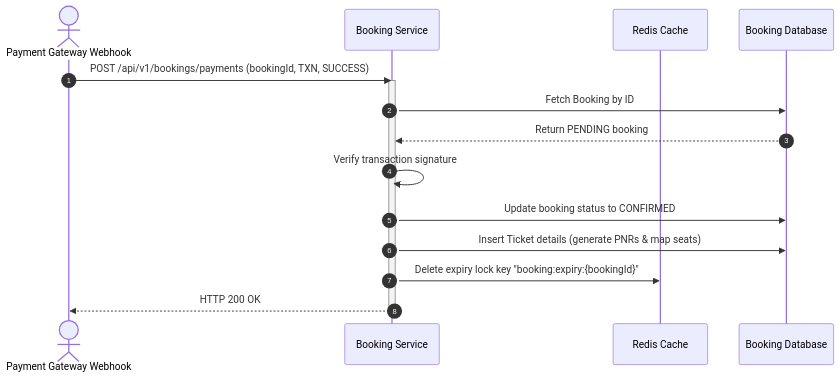
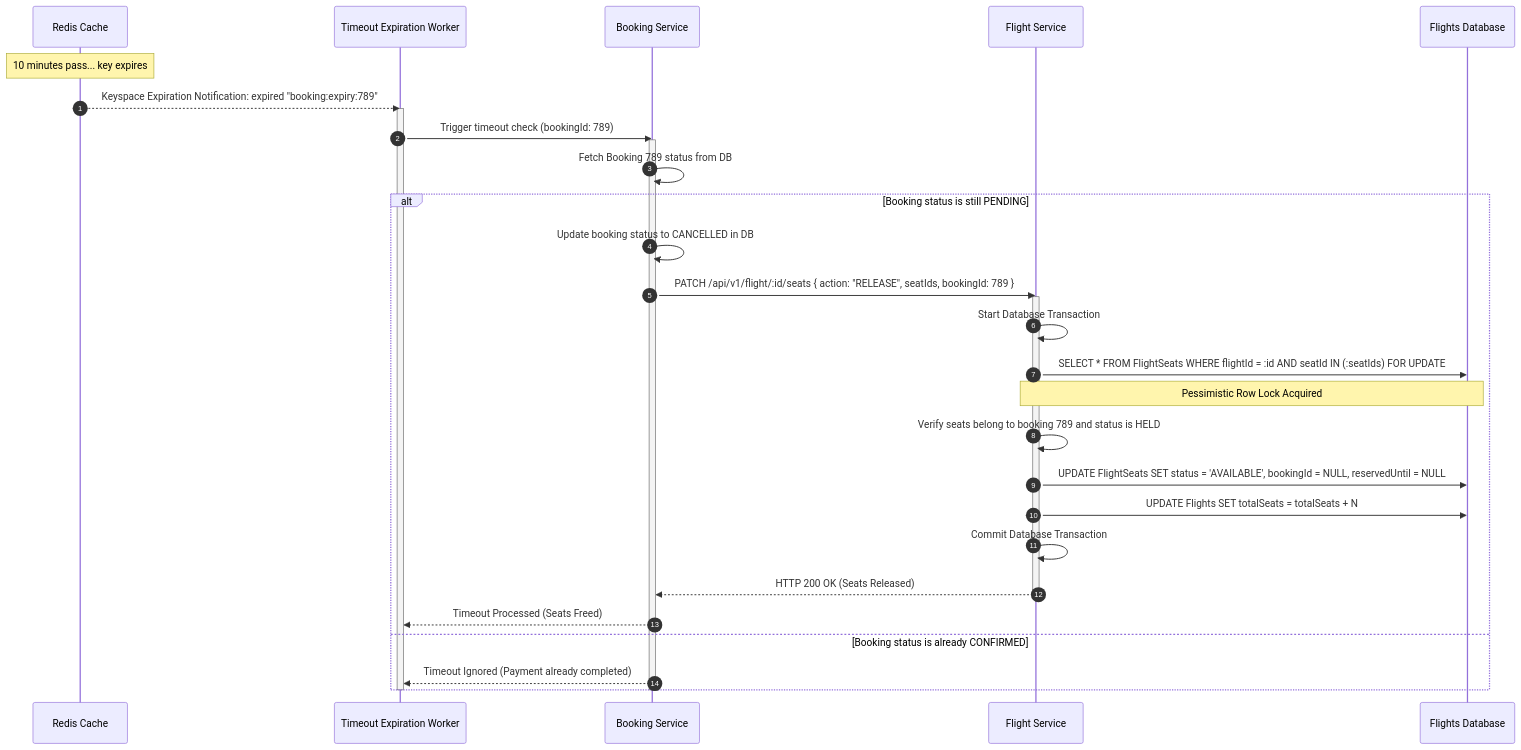
The third of 6 diagrams in docs/SEQUENCE_DIAGRAMS.md (0xpritam/Base-Node-Project-Template), drawn with Mermaid before and after one commit. The commit also changed other lines of this file and 65 other files, not shown here.

Commit message:
feat: complete booking service saga orchestration with Redis expiration

````diff
--- a/docs/SEQUENCE_DIAGRAMS.md
+++ b/docs/SEQUENCE_DIAGRAMS.md
@@ -73,19 +110,39 @@
 ```mermaid
 sequenceDiagram
     autonumber
-    actor Gateway as Payment Gateway Webhook
+    participant Redis as Redis Cache
+    participant Worker as Timeout Expiration Worker
     participant BS as Booking Service
-    participant Redis as Redis Cache
-    participant BDB as Booking Database
+    participant FS as Flight Service
+    participant DB as Flights Database
 
-    Gateway ->> BS: POST /api/v1/bookings/payments (bookingId, TXN, SUCCESS)
+    Note over Redis: 10 minutes pass... key expires
+    Redis -->> Worker: Keyspace Expiration Notification: expired "booking:expiry:789"
+    activate Worker
+    
+    Worker ->> BS: Trigger timeout check (bookingId: 789)
     activate BS
-    BS ->> BDB: Fetch Booking by ID
-    BDB -->> BS: Return PENDING booking
-    BS ->> BS: Verify transaction signature
-    BS ->> BDB: Update booking status to CONFIRMED
-    BS ->> BDB: Insert Ticket details (generate PNRs & map seats)
-    BS ->> Redis: Delete expiry lock key "booking:expiry:{bookingId}"
-    BS -->> Gateway: HTTP 200 OK
+    BS ->> BS: Fetch Booking 789 status from DB
+    
+    alt Booking status is still PENDING
+        BS ->> BS: Update booking status to CANCELLED in DB
+        
+        BS ->> FS: PATCH /api/v1/flight/:id/seats { action: "RELEASE", seatIds, bookingId: 789 }
+        activate FS
+        FS ->> FS: Start Database Transaction
+        FS ->> DB: SELECT * FROM FlightSeats WHERE flightId = :id AND seatId IN (:seatIds) FOR UPDATE;
+        Note over FS,DB: Pessimistic Row Lock Acquired
+        FS ->> FS: Verify seats belong to booking 789 and status is HELD
+        FS ->> DB: UPDATE FlightSeats SET status = 'AVAILABLE', bookingId = NULL, reservedUntil = NULL
+        FS ->> DB: UPDATE Flights SET totalSeats = totalSeats + N
+        FS ->> FS: Commit Database Transaction
+        FS -->> BS: HTTP 200 OK (Seats Released)
+        deactivate FS
+        
+        BS -->> Worker: Timeout Processed (Seats Freed)
+    else Booking status is already CONFIRMED
+        BS -->> Worker: Timeout Ignored (Payment already completed)
+    end
     deactivate BS
+    deactivate Worker
 ```
````
